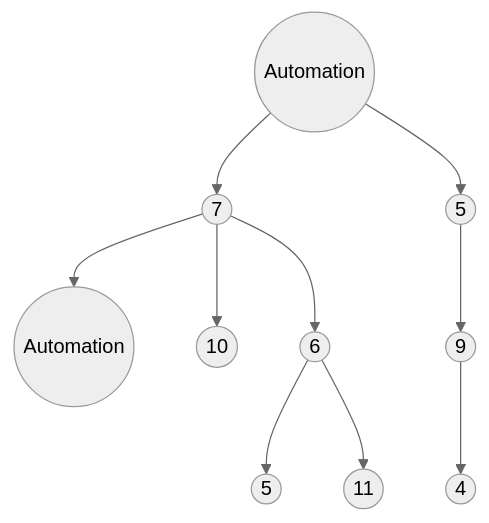
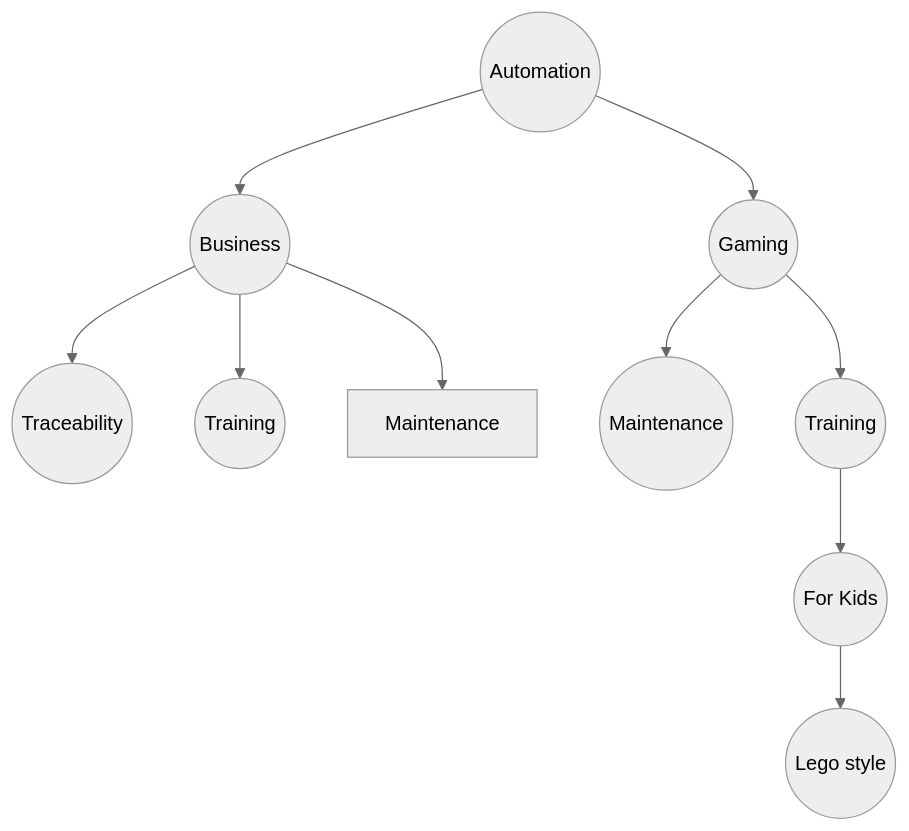
One commit to zangelus/quartz changed the diagram in content/AI/Context prompts/Tree of brainstorming.md. Above: the diagram before and after it, drawn with Mermaid (neutral theme). The commit also changed other lines of this file, not shown here.

````diff
--- a/content/AI/Context prompts/Tree of brainstorming.md
+++ b/content/AI/Context prompts/Tree of brainstorming.md
@@ -36,12 +8,12 @@
 ```mermaid
-graph TD;
-id1((Automation)) --> id2((7));
-id1((Automation)) --> id3((5));
-id2((7)) --> id4((Automation));
-id2((7)) --> id5((10));
-id2((7)) --> id6((6));
-id3((5)) --> id7((9));
-id7((9)) --> id8((4));
-id6((6)) --> id9((5));
-id6((6)) --> id10((11));
+graph TD
+id1((Automation)) --> id2((Business));
+id1((Automation)) --> id3((Gaming));
+id2((Business)) --> id4((Traceability));
+id2((Business)) --> id5((Training));
+id2((Business)) --> id6[Maintenance];
+id3((Gaming)) --> id7((Maintenance));
+id3((Gaming)) --> id8((Training));
+id8((Training)) --> id9((For kids));
+id9((For Kids)) --> id10((Lego style));
 ```
````
